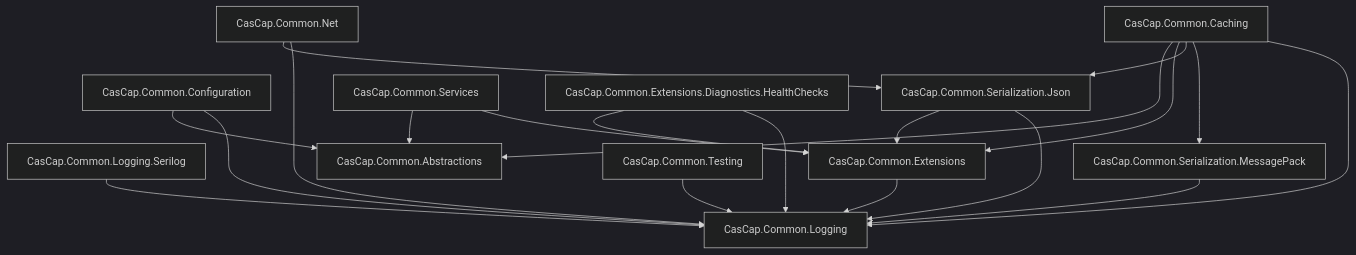
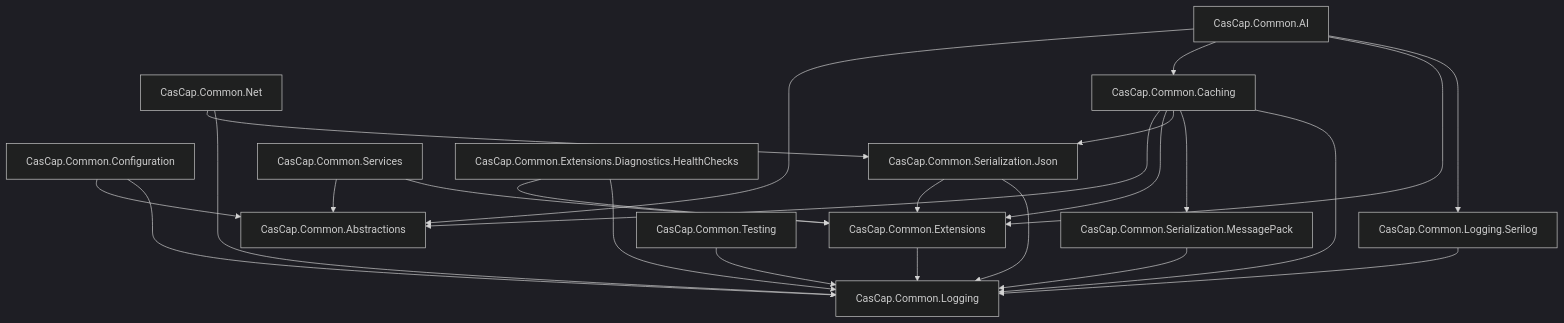
Before and after one commit to f2calv/CasCap.Common: the first of 2 diagrams in README.md, drawn with Mermaid (dark theme). The commit also changed other lines of this file and 2 other files, not shown here.

Commit message:
tidy docs and tweak

````diff
--- a/README.md
+++ b/README.md
@@ -77,35 +78,40 @@
 ```mermaid
 graph TD
     Logging[CasCap.Common.Logging]
     LoggingSerilog[CasCap.Common.Logging.Serilog]
     Abstractions[CasCap.Common.Abstractions]
     Extensions[CasCap.Common.Extensions]
     Configuration[CasCap.Common.Configuration]
     SerJson[CasCap.Common.Serialization.Json]
     SerMsgPack[CasCap.Common.Serialization.MessagePack]
     Net[CasCap.Common.Net]
     Caching[CasCap.Common.Caching]
     Services[CasCap.Common.Services]
     HealthChecks[CasCap.Common.Extensions.Diagnostics.HealthChecks]
     Testing[CasCap.Common.Testing]
+    AI[CasCap.Common.AI]
 
     Extensions --> Logging
     LoggingSerilog --> Logging
     Configuration --> Abstractions
     Configuration --> Logging
     SerJson --> Extensions
     SerJson --> Logging
     SerMsgPack --> Logging
     Net --> SerJson
     Net --> Logging
     HealthChecks --> Extensions
     HealthChecks --> Logging
     Testing --> Logging
     Services --> Abstractions
     Services --> Extensions
     Caching --> Abstractions
     Caching --> Extensions
     Caching --> SerJson
     Caching --> SerMsgPack
     Caching --> Logging
+    AI --> Abstractions
+    AI --> Caching
+    AI --> Extensions
+    AI --> LoggingSerilog
 ```
````
